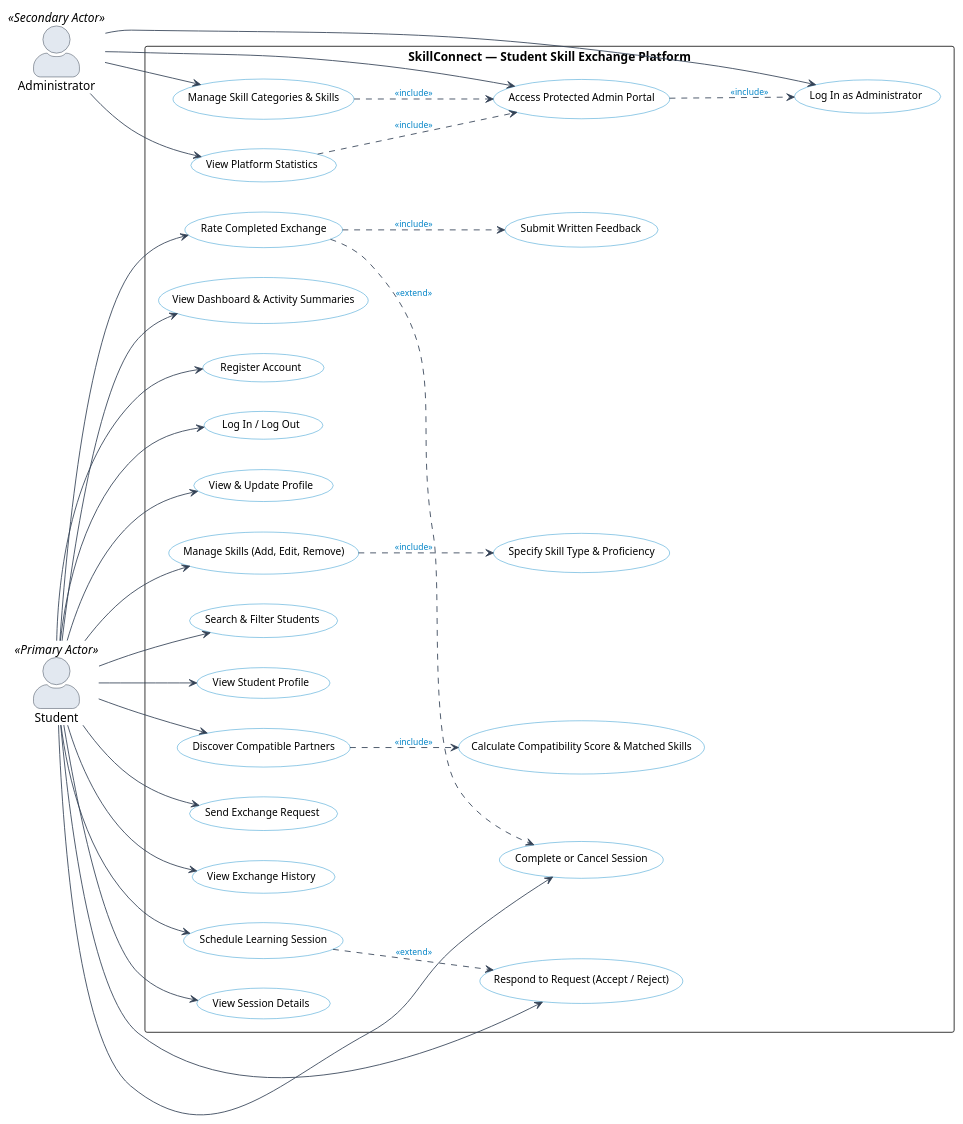
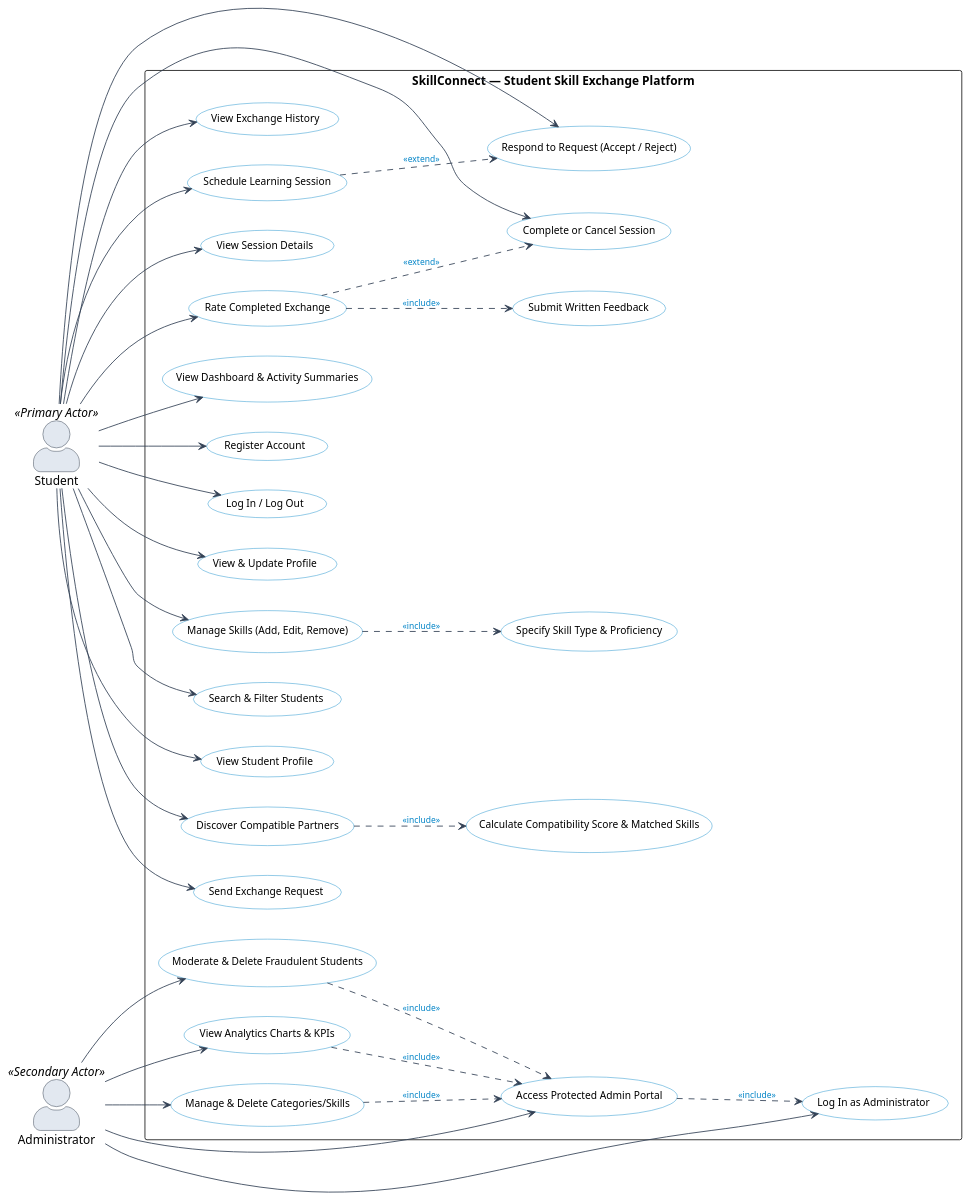
One commit to komalbhalshankar/SkillConnect changed the diagram in docs/use_case_diagram.puml. Above: the diagram before and after it, drawn with PlantUML. The commit also changed 15 other files, not shown here.

Commit message:
docs(diagrams): update UML Use Case, Class, Module Description diagrams and specs with admin moderation and analytics

```diff
--- a/docs/use_case_diagram.puml
+++ b/docs/use_case_diagram.puml
@@ -1,103 +1,106 @@
 @startuml SkillConnect_UseCase_Diagram
 skinparam packageStyle rectangle
 skinparam shadowing false
 skinparam actorStyle awesome
 skinparam usecaseBackgroundColor #FFFFFF
 skinparam usecaseBorderColor #0284C7
 skinparam usecaseFontName Arial
 skinparam usecaseFontSize 12
 skinparam arrowColor #334155
 skinparam arrowFontColor #0284C7
 skinparam arrowFontSize 10
 skinparam actorBorderColor #1E293B
 skinparam actorBackgroundColor #E2E8F0
 
 left to right direction
 
 ' ==========================================
 ' ACTORS DEFINITION
 ' ==========================================
 actor "Student" as student <<Primary Actor>>
 actor "Administrator" as admin <<Secondary Actor>>
 
 ' ==========================================
 ' SYSTEM BOUNDARY
 ' ==========================================
 rectangle "SkillConnect — Student Skill Exchange Platform" as SystemBoundary {
 
   ' --- Module 1: User Authentication & Profile ---
   usecase "Register Account" as UC_Register
   usecase "Log In / Log Out" as UC_Login
   usecase "View & Update Profile" as UC_Profile
 
   ' --- Module 2: Skill Management ---
   usecase "Manage Skills (Add, Edit, Remove)" as UC_ManageSkills
   usecase "Specify Skill Type & Proficiency" as UC_SkillTypeProf
 
   ' --- Module 3: Skill Discovery & Matching ---
   usecase "Search & Filter Students" as UC_Search
   usecase "View Student Profile" as UC_ViewProfile
   usecase "Discover Compatible Partners" as UC_Discover
   usecase "Calculate Compatibility Score & Matched Skills" as UC_CalculateScore
 
   ' --- Module 4: Skill Exchange & Session Management ---
   usecase "Send Exchange Request" as UC_SendRequest
   usecase "Respond to Request (Accept / Reject)" as UC_RespondRequest
   usecase "View Exchange History" as UC_History
   usecase "Schedule Learning Session" as UC_Schedule
   usecase "View Session Details" as UC_SessionDetails
   usecase "Complete or Cancel Session" as UC_CompleteSession
 
   ' --- Module 5: Rating, Feedback & Dashboard ---
   usecase "Rate Completed Exchange" as UC_Rate
   usecase "Submit Written Feedback" as UC_Feedback
   usecase "View Dashboard & Activity Summaries" as UC_Dashboard
 
   ' --- Administration ---
   usecase "Log In as Administrator" as UC_AdminLogin
   usecase "Access Protected Admin Portal" as UC_AdminPortal
-  usecase "View Platform Statistics" as UC_AdminStats
-  usecase "Manage Skill Categories & Skills" as UC_ManageTaxonomy
+  usecase "View Analytics Charts & KPIs" as UC_AdminStats
+  usecase "Manage & Delete Categories/Skills" as UC_ManageTaxonomy
+  usecase "Moderate & Delete Fraudulent Students" as UC_ModerateStudents
 }
 
 ' ==========================================
 ' STUDENT ASSOCIATIONS
 ' ==========================================
 student --> UC_Register
 student --> UC_Login
 student --> UC_Profile
 student --> UC_ManageSkills
 student --> UC_Search
 student --> UC_ViewProfile
 student --> UC_Discover
 student --> UC_SendRequest
 student --> UC_RespondRequest
 student --> UC_History
 student --> UC_Schedule
 student --> UC_SessionDetails
 student --> UC_CompleteSession
 student --> UC_Rate
 student --> UC_Dashboard
 
 ' ==========================================
 ' INCLUDE & EXTEND RELATIONSHIPS
 ' ==========================================
 UC_ManageSkills ..> UC_SkillTypeProf : <<include>>
 UC_Discover ..> UC_CalculateScore : <<include>>
 UC_Rate ..> UC_Feedback : <<include>>
 UC_Schedule ..> UC_RespondRequest : <<extend>>
 UC_Rate ..> UC_CompleteSession : <<extend>>
 
 ' ==========================================
 ' ADMINISTRATOR ASSOCIATIONS
 ' ==========================================
 admin --> UC_AdminLogin
 admin --> UC_AdminPortal
 admin --> UC_AdminStats
 admin --> UC_ManageTaxonomy
+admin --> UC_ModerateStudents
 
 UC_AdminPortal ..> UC_AdminLogin : <<include>>
 UC_AdminStats ..> UC_AdminPortal : <<include>>
 UC_ManageTaxonomy ..> UC_AdminPortal : <<include>>
+UC_ModerateStudents ..> UC_AdminPortal : <<include>>
 
 @enduml
```
